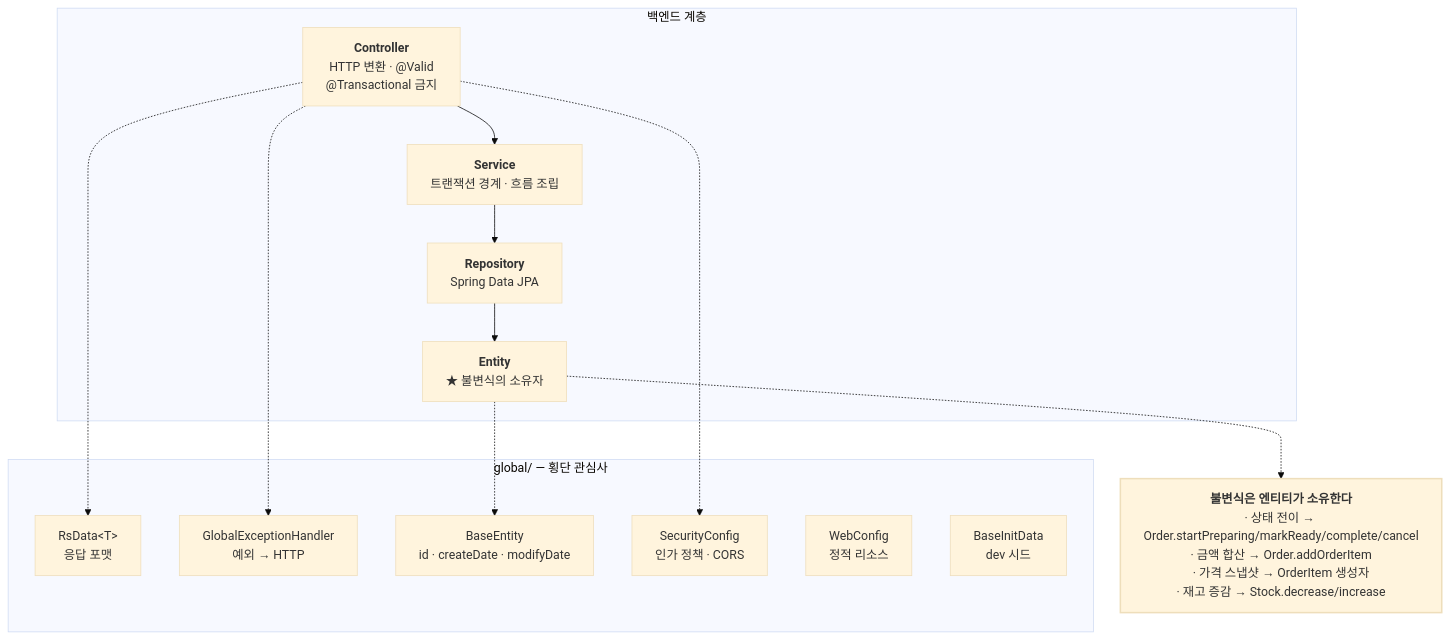
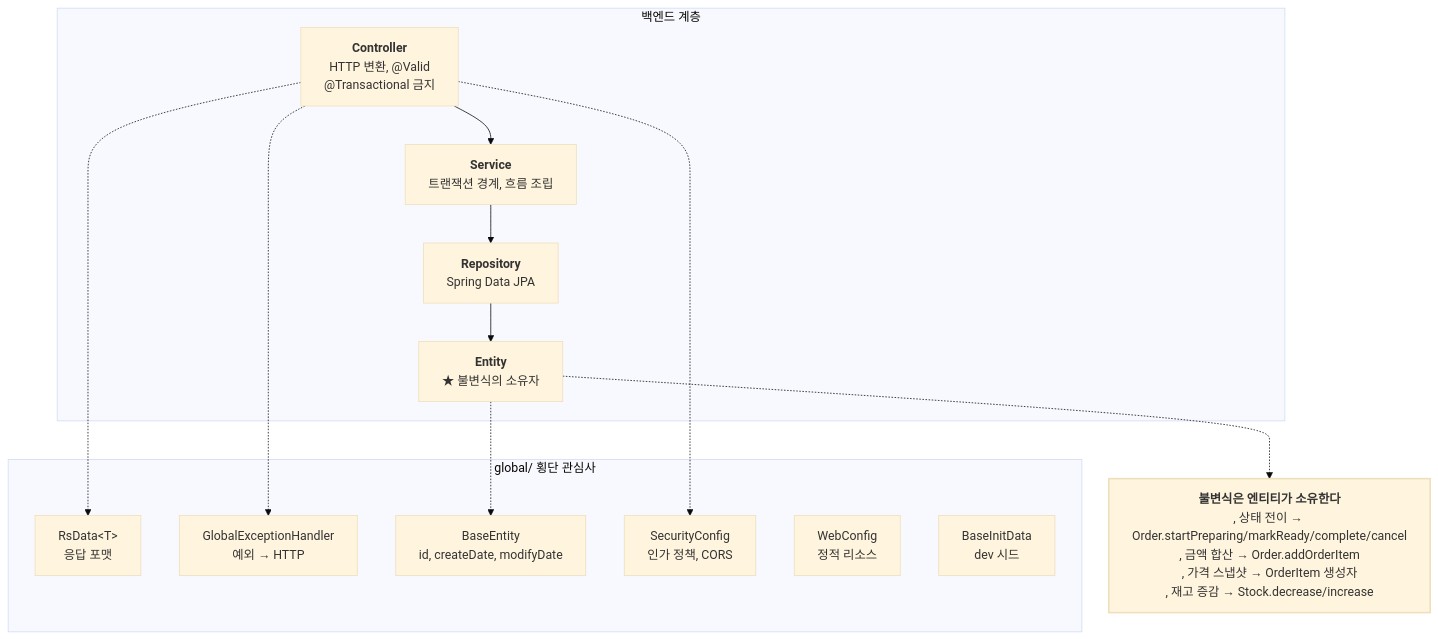
One commit to hhyukk/cafe-kiosk changed the third of 8 diagrams in docs/design/architecture.md. Above: the diagram before and after it, drawn with Mermaid (base theme). The commit also changed other lines of this file and 12 other files, not shown here.

````diff
--- a/docs/design/architecture.md
+++ b/docs/design/architecture.md
@@ -160,29 +160,29 @@
 ```mermaid
 flowchart TD
     subgraph LAYER["백엔드 계층"]
-        C["<b>Controller</b><br/>HTTP 변환 · @Valid<br/>@Transactional 금지"]
-        S["<b>Service</b><br/>트랜잭션 경계 · 흐름 조립"]
+        C["<b>Controller</b><br/>HTTP 변환, @Valid<br/>@Transactional 금지"]
+        S["<b>Service</b><br/>트랜잭션 경계, 흐름 조립"]
         R["<b>Repository</b><br/>Spring Data JPA"]
         E["<b>Entity</b><br/>★ 불변식의 소유자"]
     end
 
-    subgraph GLOBAL["global/ — 횡단 관심사"]
+    subgraph GLOBAL["global/ 횡단 관심사"]
         RS["RsData&lt;T&gt;<br/>응답 포맷"]
         GEH["GlobalExceptionHandler<br/>예외 → HTTP"]
-        BE["BaseEntity<br/>id · createDate · modifyDate"]
-        SEC["SecurityConfig<br/>인가 정책 · CORS"]
+        BE["BaseEntity<br/>id, createDate, modifyDate"]
+        SEC["SecurityConfig<br/>인가 정책, CORS"]
         WC["WebConfig<br/>정적 리소스"]
         INIT["BaseInitData<br/>dev 시드"]
     end
 
     C --> S --> R --> E
     C -.-> RS
     C -.-> GEH
     E -.-> BE
     C -.-> SEC
 
-    INV["<b>불변식은 엔티티가 소유한다</b><br/>· 상태 전이 → Order.startPreparing/markReady/complete/cancel<br/>· 금액 합산 → Order.addOrderItem<br/>· 가격 스냅샷 → OrderItem 생성자<br/>· 재고 증감 → Stock.decrease/increase"]
+    INV["<b>불변식은 엔티티가 소유한다</b><br/>, 상태 전이 → Order.startPreparing/markReady/complete/cancel<br/>, 금액 합산 → Order.addOrderItem<br/>, 가격 스냅샷 → OrderItem 생성자<br/>, 재고 증감 → Stock.decrease/increase"]
     E -.-> INV
 
     style INV stroke-width:2px
 ```
````
